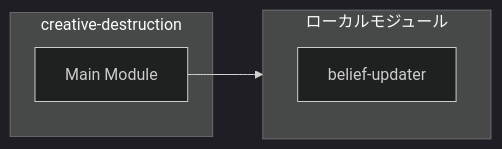
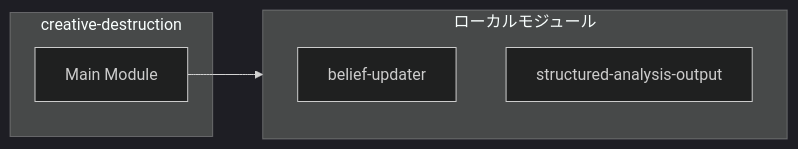
Before and after one commit to Mekann2904/mekann: the second of 4 diagrams in ABDD/.pi/lib/creative-destruction.md, drawn with Mermaid (dark theme). The commit also changed other lines of this file and 257 other files, not shown here.

````diff
--- a/ABDD/.pi/lib/creative-destruction.md
+++ b/ABDD/.pi/lib/creative-destruction.md
@@ -118,11 +119,12 @@
 ```mermaid
 flowchart LR
   subgraph this[creative-destruction]
     main[Main Module]
   end
   subgraph local[ローカルモジュール]
     belief_updater["belief-updater"]
     belief_updater["belief-updater"]
+    structured_analysis_output["structured-analysis-output"]
   end
   main --> local
 ```
````
